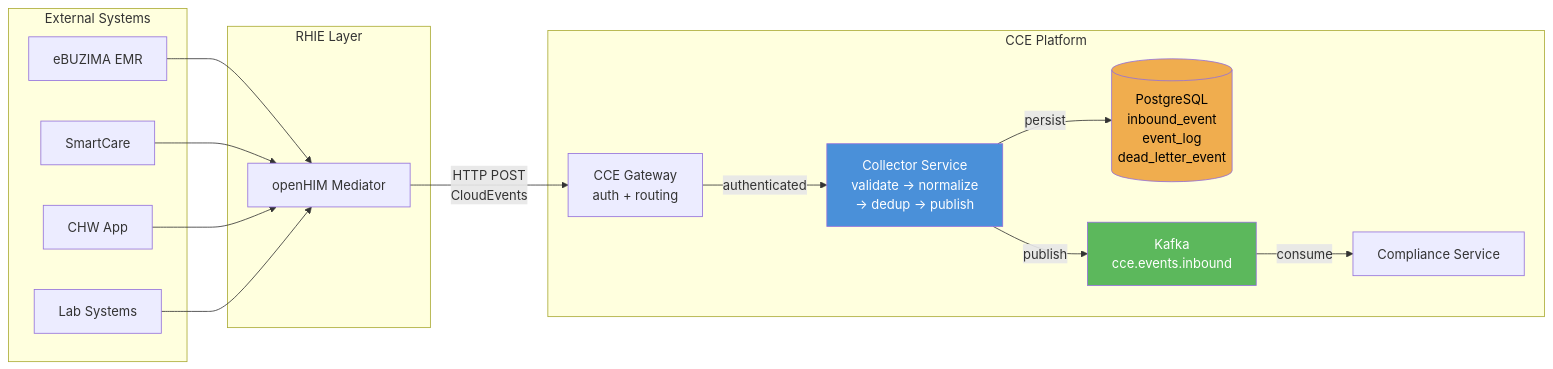
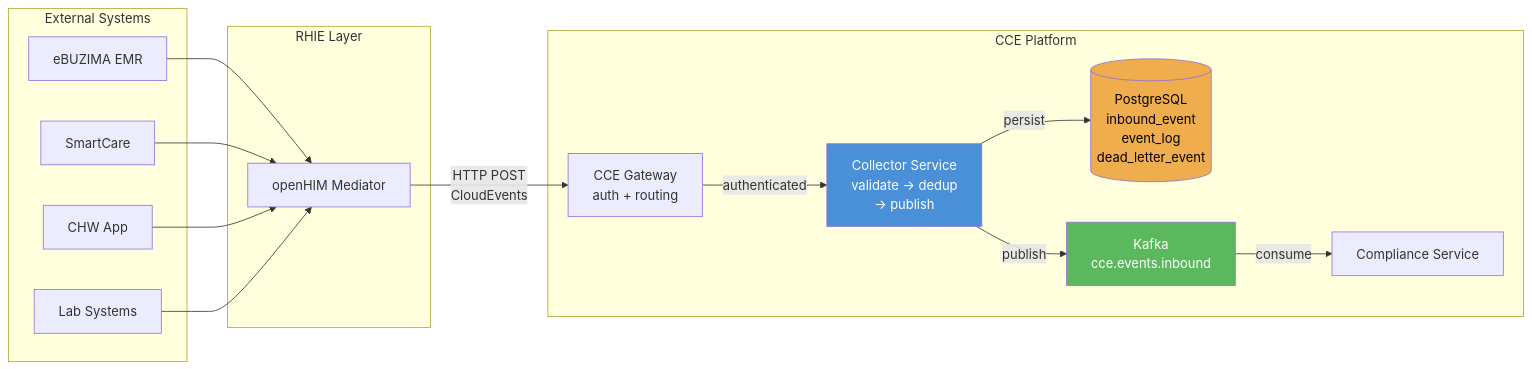
Before and after one commit to Jayaprakash8887/cce-collector-service: the sixth of 8 diagrams in docs/flow-diagrams.md, drawn with Mermaid. The commit also changed other lines of this file and 4 other files, not shown here.

````diff
--- a/docs/flow-diagrams.md
+++ b/docs/flow-diagrams.md
@@ -180,35 +189,35 @@
 ```mermaid
 flowchart LR
     subgraph External["External Systems"]
         EMR1[eBUZIMA EMR]
         EMR2[SmartCare]
         CHW[CHW App]
         LAB[Lab Systems]
     end
 
     subgraph RHIE["RHIE Layer"]
         OH[openHIM Mediator]
     end
 
     subgraph CCE["CCE Platform"]
         GW[CCE Gateway<br/>auth + routing]
-        CS[Collector Service<br/>validate → normalize<br/>→ dedup → publish]
+        CS[Collector Service<br/>validate → dedup<br/>→ publish]
         PG[(PostgreSQL<br/>inbound_event<br/>event_log<br/>dead_letter_event)]
         KF[Kafka<br/>cce.events.inbound]
         COMP[Compliance Service]
     end
 
     EMR1 --> OH
     EMR2 --> OH
     CHW --> OH
     LAB --> OH
     OH -->|HTTP POST<br/>CloudEvents| GW
     GW -->|authenticated| CS
     CS -->|persist| PG
     CS -->|publish| KF
     KF -->|consume| COMP
 
     style CS fill:#4a90d9,color:#fff
     style KF fill:#5cb85c,color:#fff
     style PG fill:#f0ad4e,color:#000
 ```
````
